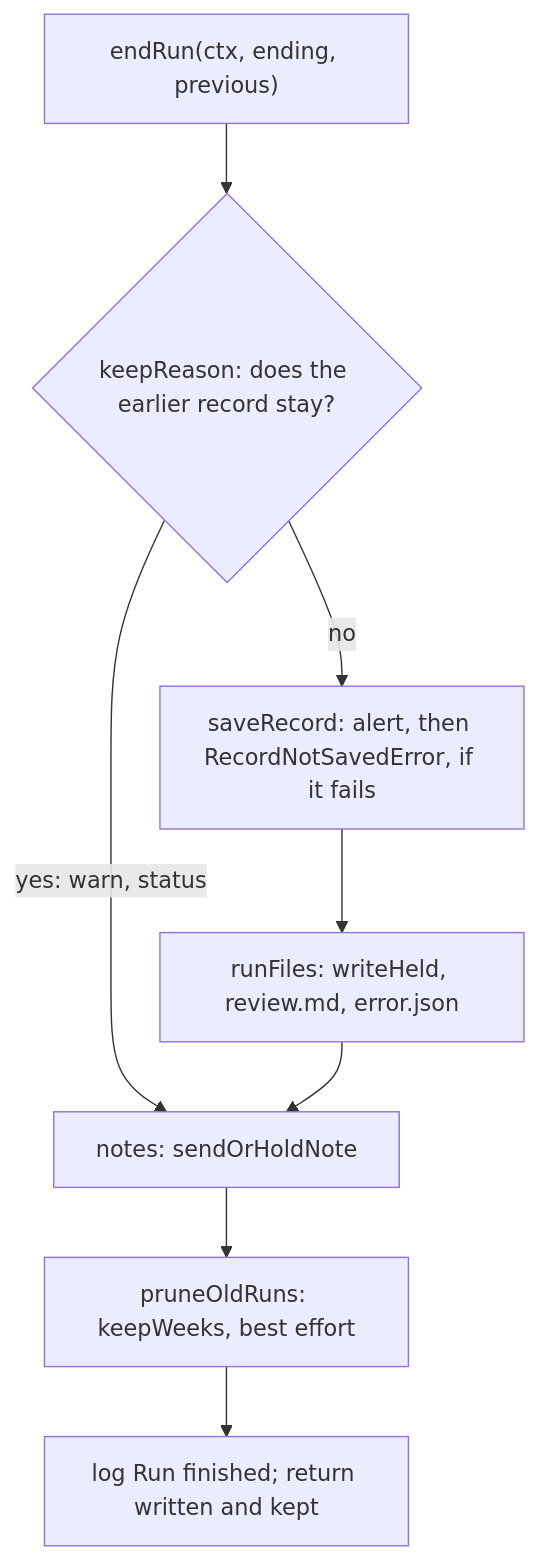
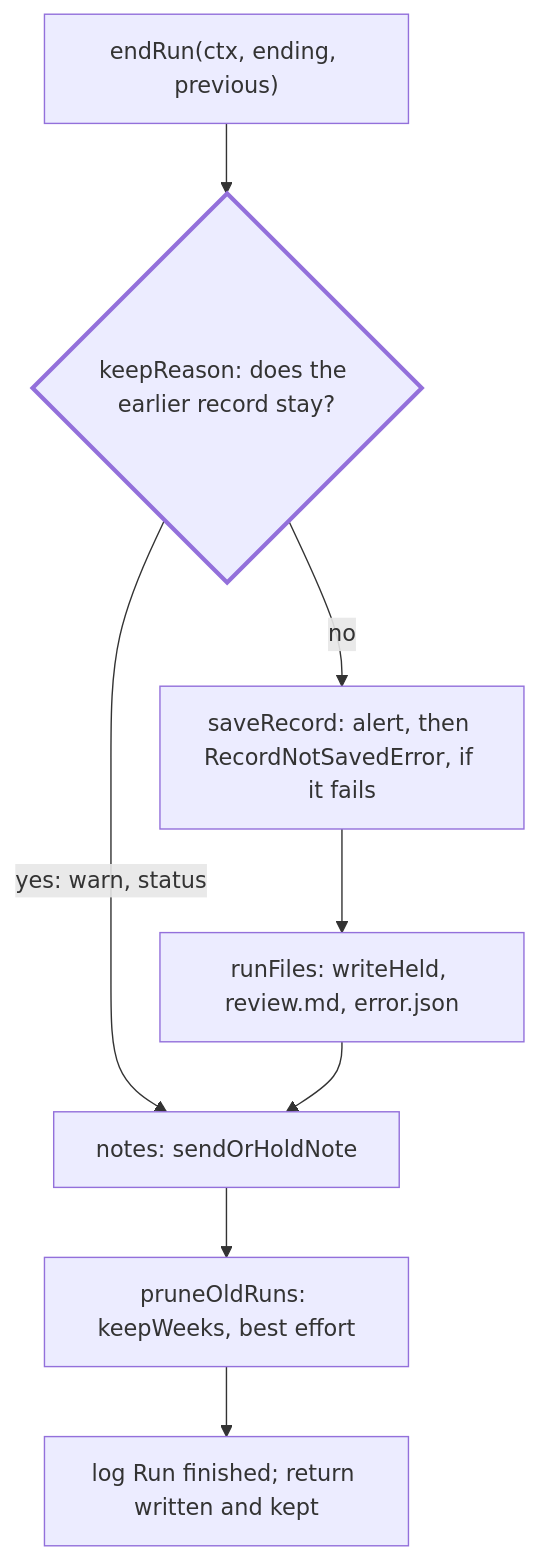
One commit to odere-pro/weekly-engineering-digest-agent changed the diagram in src/digest/ending/CLAUDE.md. Above: the diagram before and after it, drawn with Mermaid. The commit also changed other lines of this file and 119 other files, not shown here.

````diff
--- a/src/digest/ending/CLAUDE.md
+++ b/src/digest/ending/CLAUDE.md
@@ -9,10 +9,11 @@
 ```mermaid
 flowchart TD
   start["endRun(ctx, ending, previous)"] --> keep{"keepReason: does the earlier record stay?"}:::focus
   keep -->|"yes: warn, status"| notes
   keep -->|no| save["saveRecord: alert, then RecordNotSavedError, if it fails"]
   save --> held["runFiles: writeHeld, review.md, error.json"]
   held --> notes["notes: sendOrHoldNote"]
   notes --> prune["pruneOldRuns: keepWeeks, best effort"]
   prune --> done["log Run finished; return written and kept"]
+  classDef focus stroke-width:3px
 ```
````
